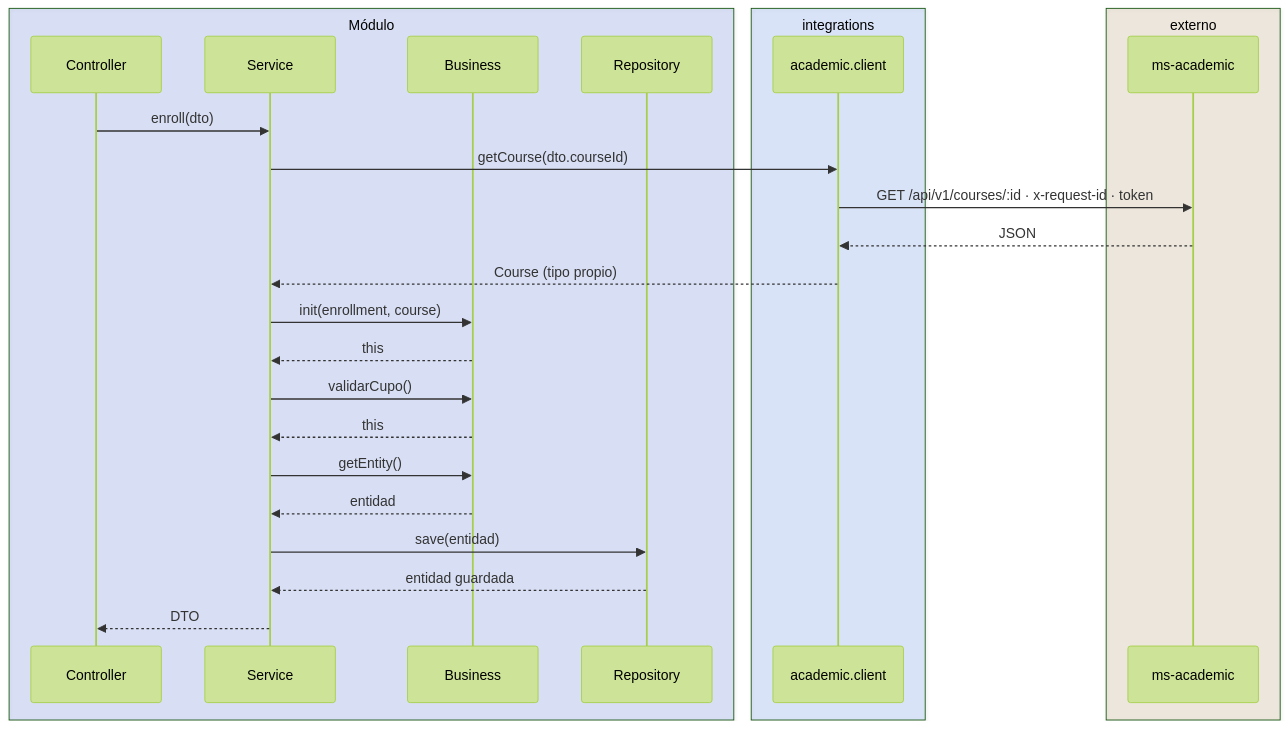
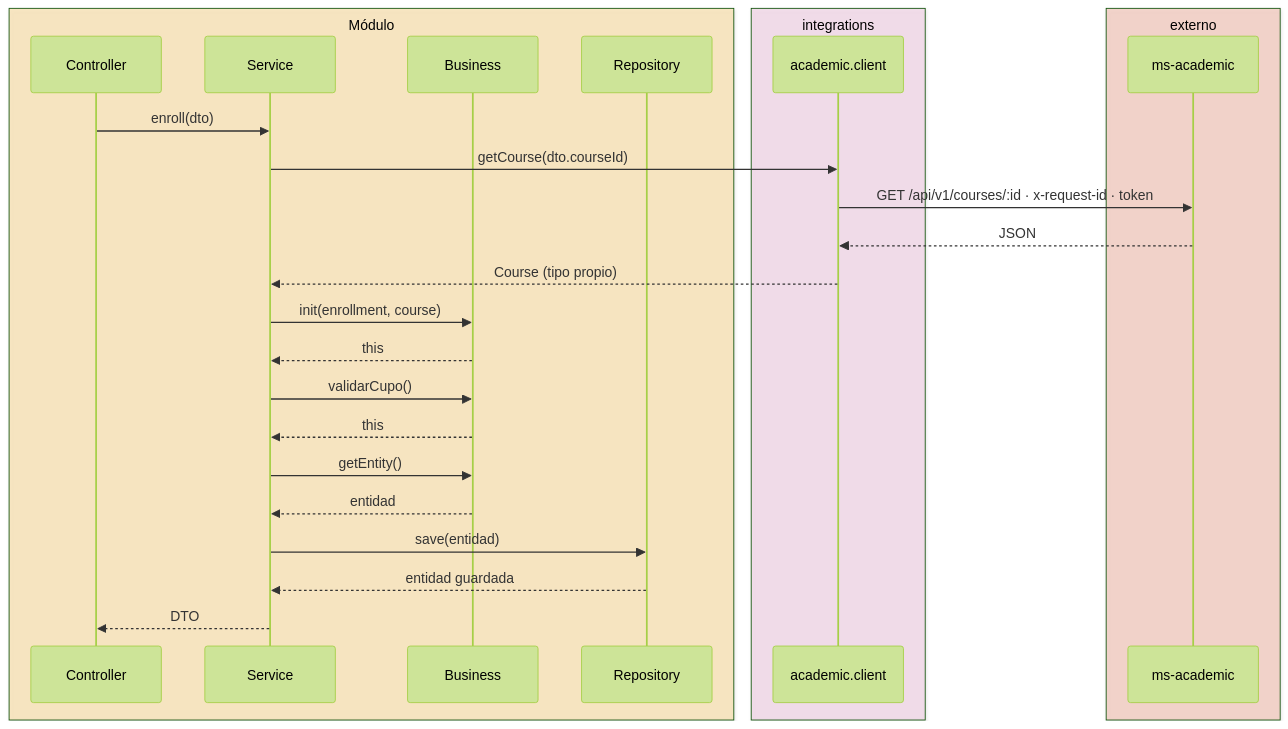
Before and after one commit to pcarroza91/nest-template: diagram 12 of 15 in docs/architecture/modular-microservice.md, drawn with Mermaid (forest theme). The commit also changed other lines of this file and 2 other files, not shown here.

First line of the commit message:
docs(architecture): aplica el estilo pastel por rol a los diagramas Mermaid

````diff
--- a/docs/architecture/modular-microservice.md
+++ b/docs/architecture/modular-microservice.md
@@ -750,30 +740,30 @@
 ```mermaid
 sequenceDiagram
-    box rgba(29,78,216,0.15) Módulo
+    box rgba(253,224,163,0.6) Módulo
         participant C as Controller
         participant S as Service
         participant B as Business
         participant R as Repository
     end
-    box rgba(37,99,235,0.15) integrations
+    box rgba(244,208,230,0.6) integrations
         participant O as academic.client
     end
-    box rgba(160,124,59,0.15) externo
+    box rgba(246,193,178,0.6) externo
         participant X as ms-academic
     end
 
     C->>S: enroll(dto)
     S->>O: getCourse(dto.courseId)
     O->>X: GET /api/v1/courses/:id · x-request-id · token
     X-->>O: JSON
     O-->>S: Course (tipo propio)
     S->>B: init(enrollment, course)
     B-->>S: this
     S->>B: validarCupo()
     B-->>S: this
     S->>B: getEntity()
     B-->>S: entidad
     S->>R: save(entidad)
     R-->>S: entidad guardada
     S-->>C: DTO
 ```
````
